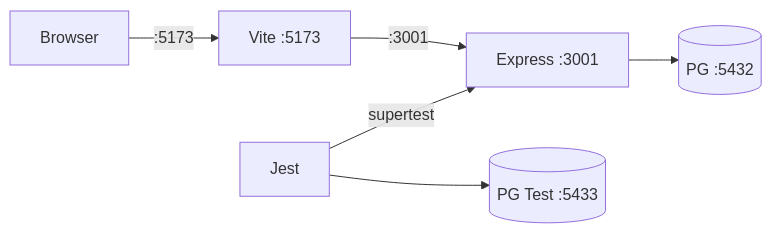
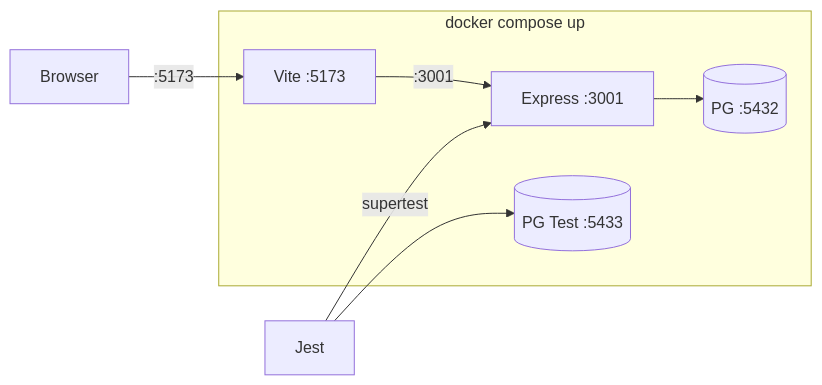
The first of 3 diagrams in readme.md (Ashish-j-shetty/full-stack-ecommerce), drawn with Mermaid before and after one commit. The commit also changed other lines of this file, not shown here.

````diff
--- a/readme.md
+++ b/readme.md
@@ -20,6 +20,10 @@
 ```mermaid
 graph LR
-  Browser -->|:5173| Vite["Vite :5173"] -->|:3001| Express["Express :3001"] --> PG[("PG :5432")]
+  Browser -->|:5173| Vite
+  subgraph Docker["docker compose up"]
+    Vite["Vite :5173"] -->|:3001| Express["Express :3001"] --> PG[("PG :5432")]
+    PGTest[("PG Test :5433")]
+  end
   Jest["Jest"] -->|supertest| Express
-  Jest --> PGTest[("PG Test :5433")]
+  Jest --> PGTest
 ```
````
